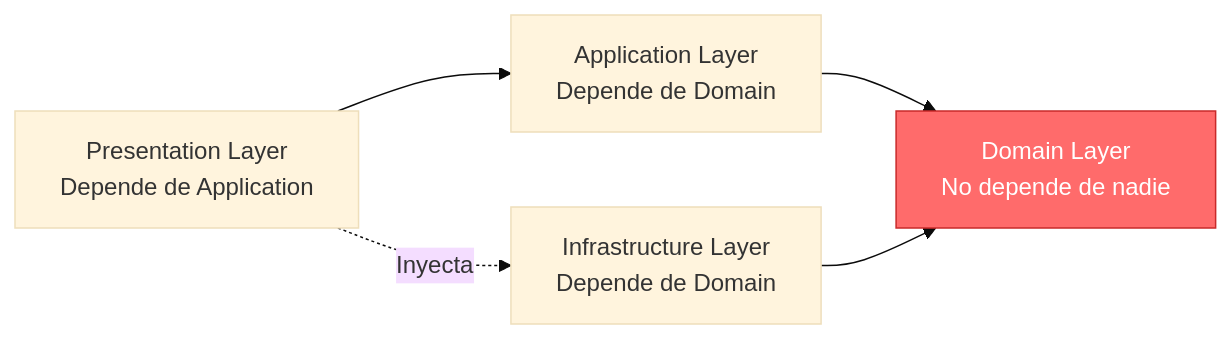
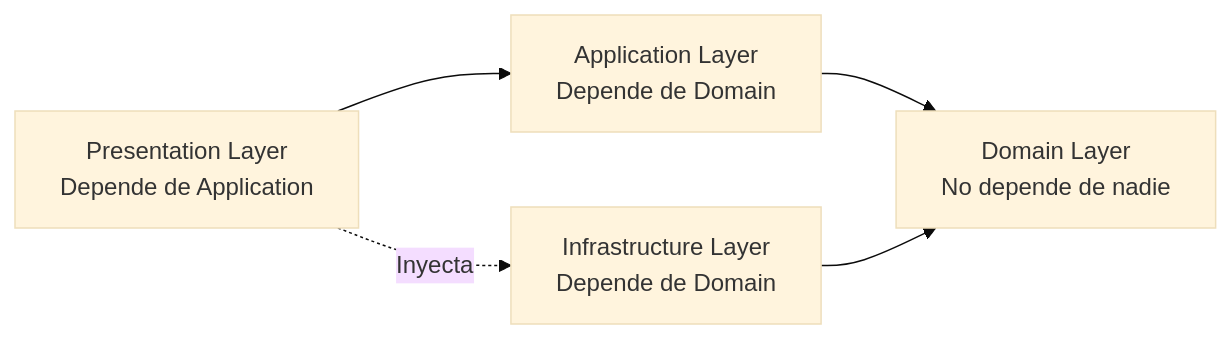
One commit to abyssorcdev/duppla changed the fifth of 16 diagrams in docs/project_design.md. Above: the diagram before and after it, drawn with Mermaid (base theme). The commit also changed other lines of this file, not shown here.

````diff
--- a/docs/project_design.md
+++ b/docs/project_design.md
@@ -269,14 +297,12 @@
 ```mermaid
 graph LR
-    Domain[Domain Layer<br/>No depende de nadie]
-    Application[Application Layer<br/>Depende de Domain]
-    Infrastructure[Infrastructure Layer<br/>Depende de Domain]
-    Presentation[Presentation Layer<br/>Depende de Application]
+    Domain["Domain Layer<br/>No depende de nadie"]
+    Application["Application Layer<br/>Depende de Domain"]
+    Infrastructure["Infrastructure Layer<br/>Depende de Domain"]
+    Presentation["Presentation Layer<br/>Depende de Application"]
 
     Presentation --> Application
     Application --> Domain
     Infrastructure --> Domain
-    Presentation -.->|Inyecta| Infrastructure
-
-    style Domain fill:#ff6b6b,stroke:#c92a2a,color:#ffffff
+    Presentation -.->|"Inyecta"| Infrastructure
 ```
````
